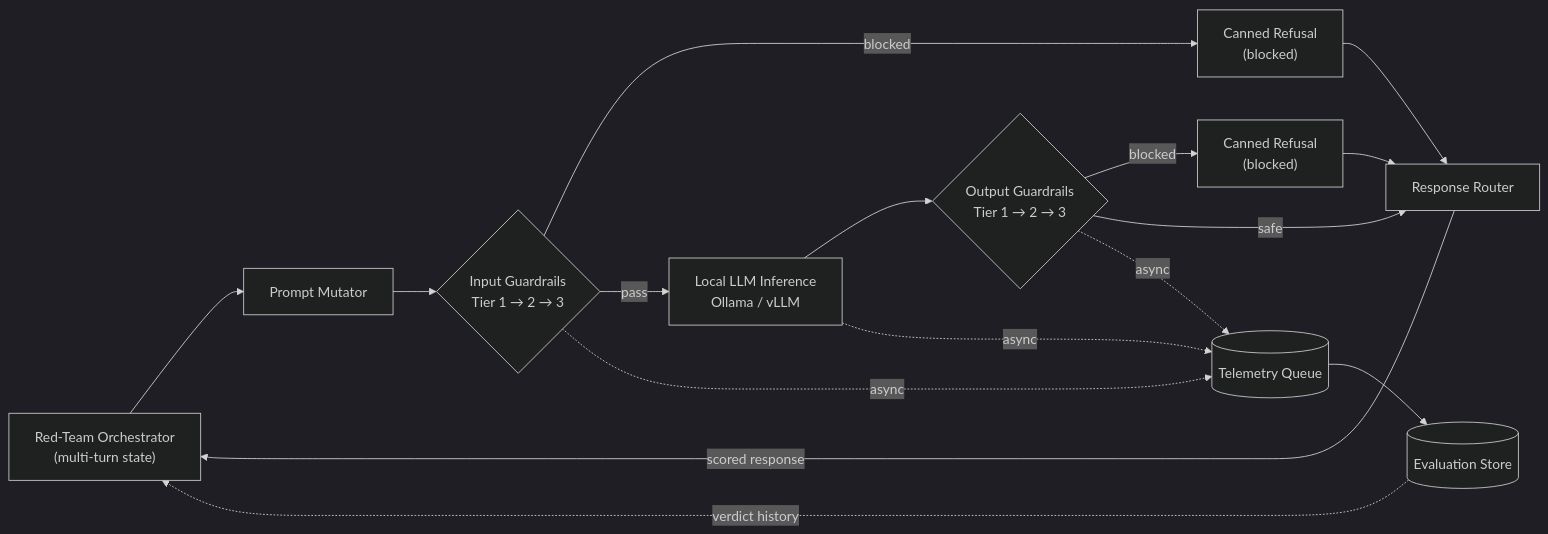
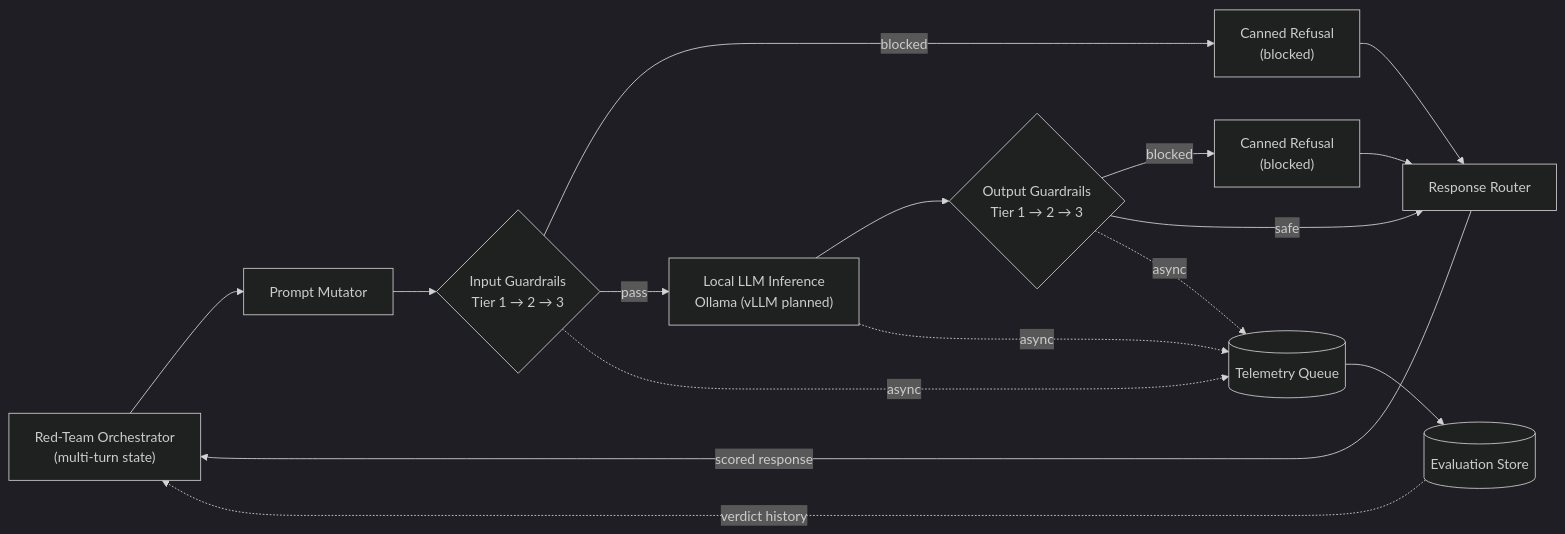
The diagram in Readme.md (TakPrince/GEN-AI), drawn with Mermaid (dark theme) before and after one commit. The commit also changed other lines of this file and 9 other files, not shown here.

````diff
--- a/Readme.md
+++ b/Readme.md
@@ -49,22 +49,22 @@
 ```mermaid
 flowchart LR
     ORCH["Red-Team Orchestrator<br/>(multi-turn state)"] --> MUT["Prompt Mutator"]
     MUT --> IG{"Input Guardrails<br/>Tier 1 → 2 → 3"}
 
     IG -- blocked --> R1["Canned Refusal<br/>(blocked)"]
-    IG -- pass --> LLM["Local LLM Inference<br/>Ollama / vLLM"]
+    IG -- pass --> LLM["Local LLM Inference<br/>Ollama (vLLM planned)"]
 
     LLM --> OG{"Output Guardrails<br/>Tier 1 → 2 → 3"}
     OG -- blocked --> R2["Canned Refusal<br/>(blocked)"]
     OG -- safe --> ROUTER["Response Router"]
 
     R1 --> ROUTER
     R2 --> ROUTER
     ROUTER -- "scored response" --> ORCH
 
     IG -.async.-> LOG[("Telemetry Queue")]
     LLM -.async.-> LOG
     OG -.async.-> LOG
     LOG --> EVAL[("Evaluation Store")]
     EVAL -. "verdict history" .-> ORCH
 ```
````
